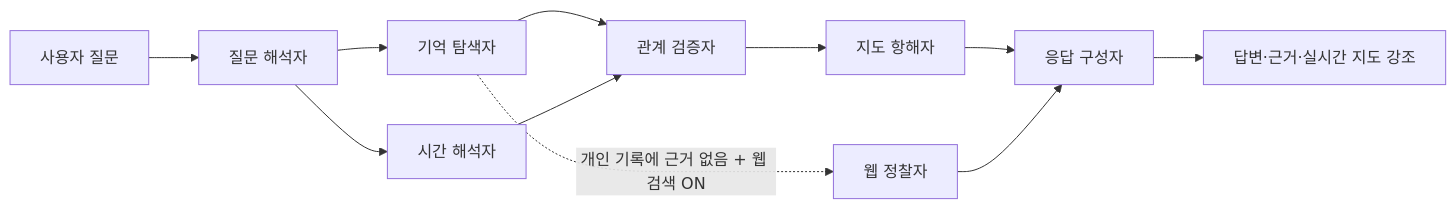
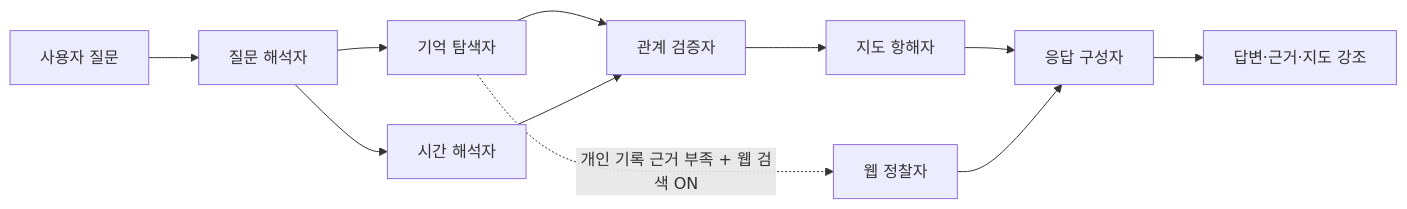
The second of 3 diagrams in README.md (amyhong0/amy-brain-map), drawn with Mermaid before and after one commit. The commit also changed other lines of this file, not shown here.

````diff
--- a/README.md
+++ b/README.md
@@ -96,13 +45,13 @@
 ```mermaid
 flowchart LR
   Q[사용자 질문] --> I[질문 해석자]
   I --> R[기억 탐색자]
   I --> T[시간 해석자]
   R --> V[관계 검증자]
   T --> V
-  V --> M[지도 항해자]
-  M --> A[응답 구성자]
-  R -. 개인 기록에 근거 없음 + 웹 검색 ON .-> W[웹 정찰자]
+  V --> N[지도 항해자]
+  N --> A[응답 구성자]
+  R -. 개인 기록 근거 부족 + 웹 검색 ON .-> W[웹 정찰자]
   W --> A
-  A --> UI[답변·근거·실시간 지도 강조]
+  A --> O[답변·근거·지도 강조]
 ```
````
